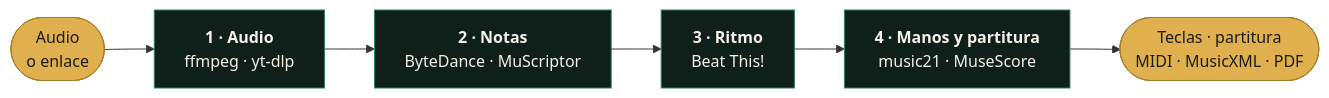
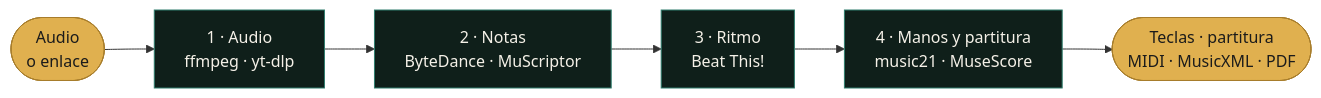
One commit to J-Roque/Klavyra changed the second of 2 diagrams in README.md. Above: the diagram before and after it, drawn with Mermaid. The commit also changed other lines of this file, not shown here.

Commit message:
README: diagramas sin etiquetas HTML para que se vean bien en cualquier visor

````diff
--- a/README.md
+++ b/README.md
@@ -88,13 +88,13 @@
 ```mermaid
 flowchart LR
-    in(["Audio<br/>o enlace"]) --> a["<b>1 · Audio</b><br/>ffmpeg · yt-dlp"]
-    a --> n["<b>2 · Notas</b><br/>ByteDance · MuScriptor"]
-    n --> r["<b>3 · Ritmo</b><br/>Beat This!"]
-    r --> m["<b>4 · Manos y partitura</b><br/>music21 · MuseScore"]
+    in(["Audio<br/>o enlace"]) --> a["1 · Audio<br/>ffmpeg · yt-dlp"]
+    a --> n["2 · Notas<br/>ByteDance · MuScriptor"]
+    n --> r["3 · Ritmo<br/>Beat This!"]
+    r --> m["4 · Manos y partitura<br/>music21 · MuseScore"]
     m --> out(["Teclas · partitura<br/>MIDI · MusicXML · PDF"])
 
     classDef step fill:#0f1f1a,stroke:#2f7d6d,color:#f5f1e8
     classDef edge fill:#e0b04f,stroke:#a77d2c,color:#1b1b1b
     class a,n,r,m step
     class in,out edge
 ```
````
